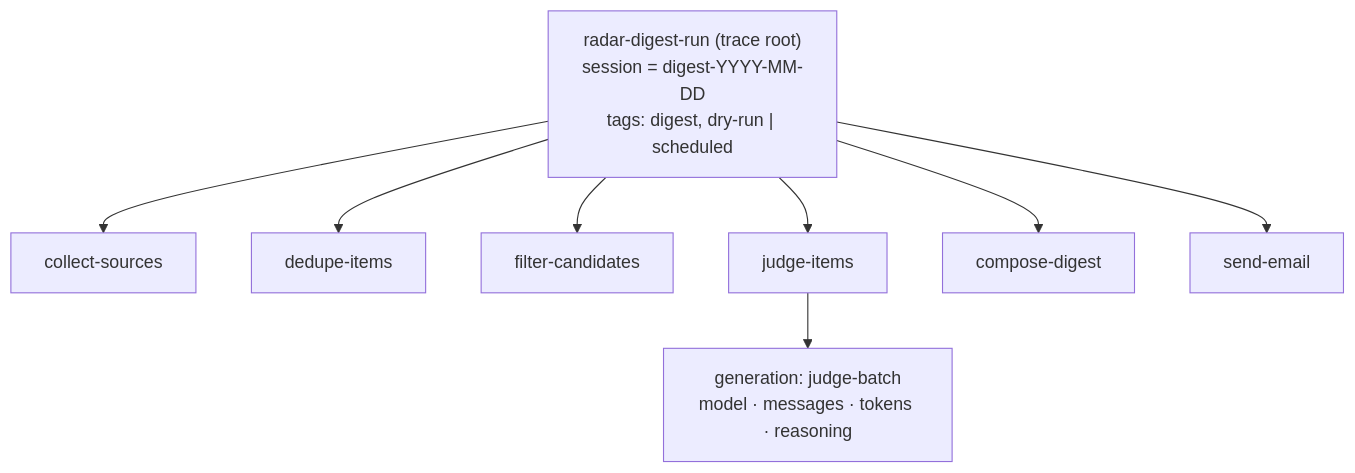
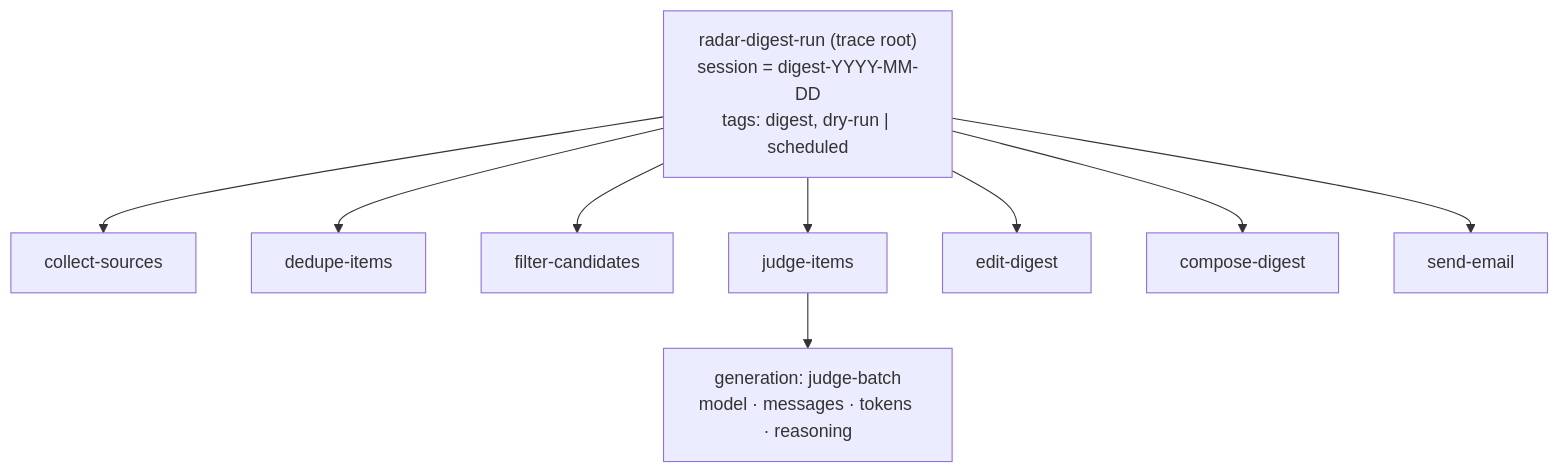
Before and after one commit to Shashank8602/Research_Radar: the sixth of 7 diagrams in flow.md, drawn with Mermaid. The commit also changed other lines of this file and 29 other files, not shown here.

````diff
--- a/flow.md
+++ b/flow.md
@@ -134,11 +154,12 @@
 ```mermaid
 flowchart TD
     R["radar-digest-run (trace root)<br/>session = digest-YYYY-MM-DD<br/>tags: digest, dry-run | scheduled"]
     R --> C1[collect-sources]
     R --> C2[dedupe-items]
     R --> C3[filter-candidates]
     R --> C4[judge-items]
     C4 --> GEN["generation: judge-batch<br/>model · messages · tokens · reasoning"]
+    R --> C4b[edit-digest]
     R --> C5[compose-digest]
     R --> C6[send-email]
 ```
````
